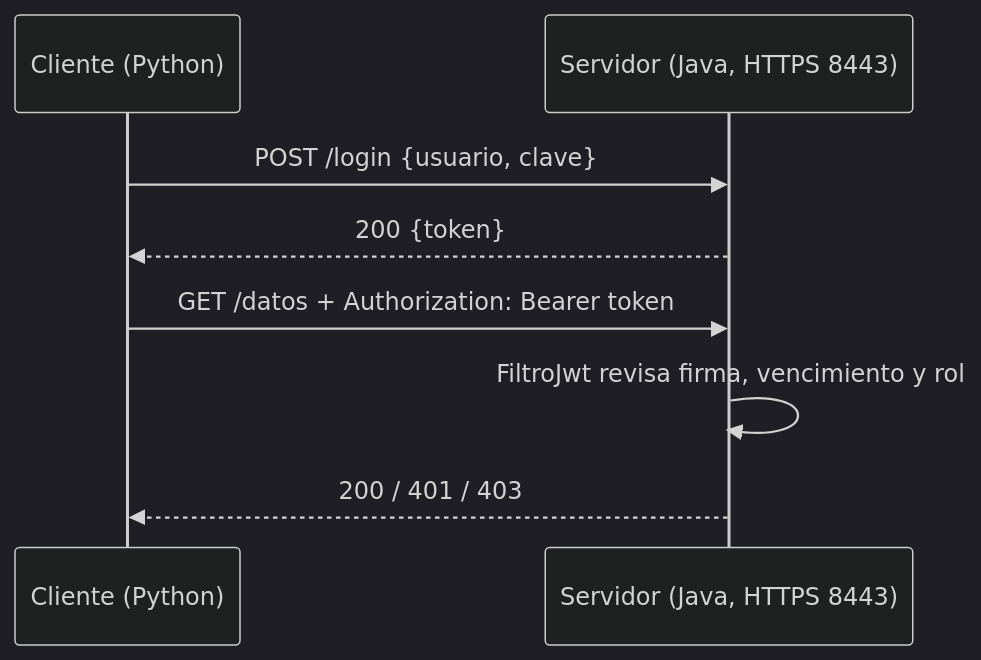
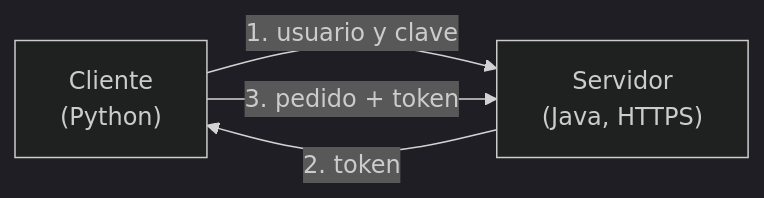
Before and after one commit to santoss300/Ambientes-distribuidos: the diagram in TP9/README.md, drawn with Mermaid (dark theme). The commit also changed other lines of this file, not shown here.

````diff
--- a/TP9/README.md
+++ b/TP9/README.md
@@ -53,10 +49,6 @@
 ```mermaid
-sequenceDiagram
-    participant C as Cliente (Python)
-    participant S as Servidor (Java, HTTPS 8443)
-    C->>S: POST /login {usuario, clave}
-    S-->>C: 200 {token}
-    C->>S: GET /datos + Authorization: Bearer token
-    S->>S: FiltroJwt revisa firma, vencimiento y rol
-    S-->>C: 200 / 401 / 403
+flowchart LR
+    C["Cliente<br/>(Python)"] -- "1. usuario y clave" --> S["Servidor<br/>(Java, HTTPS)"]
+    S -- "2. token" --> C
+    C -- "3. pedido + token" --> S
 ```
````
